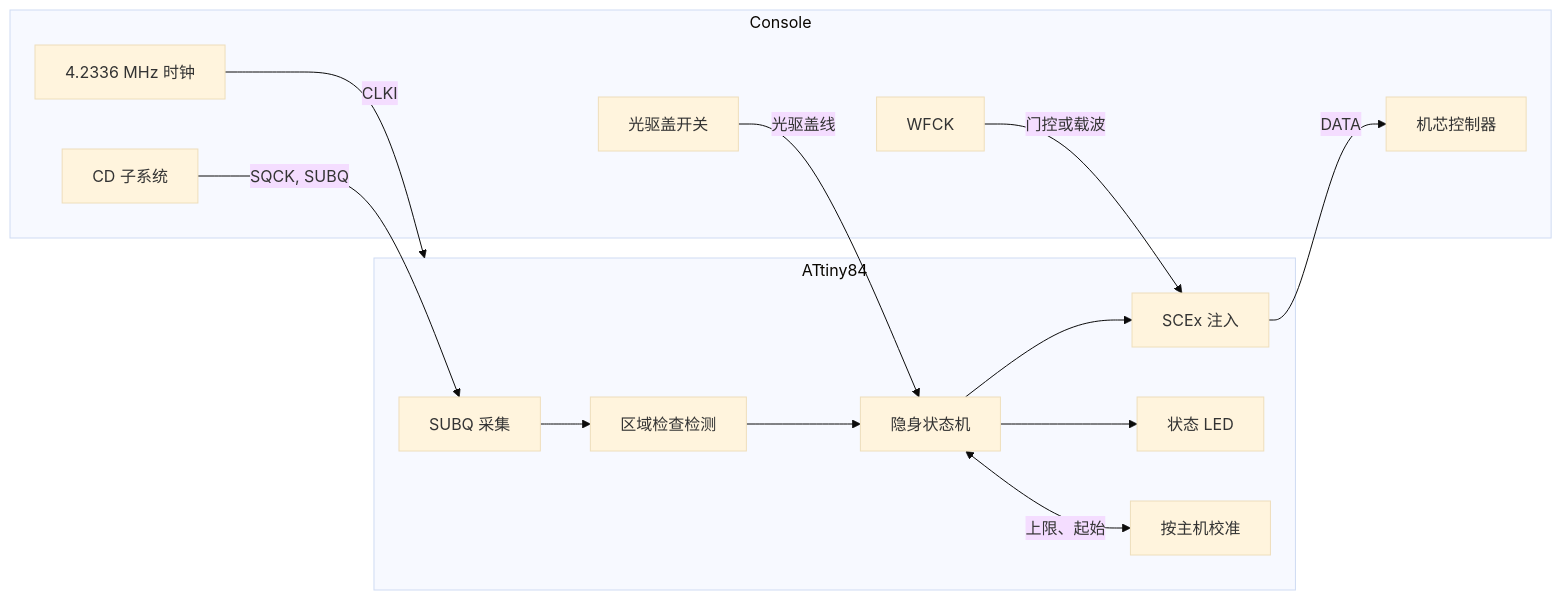
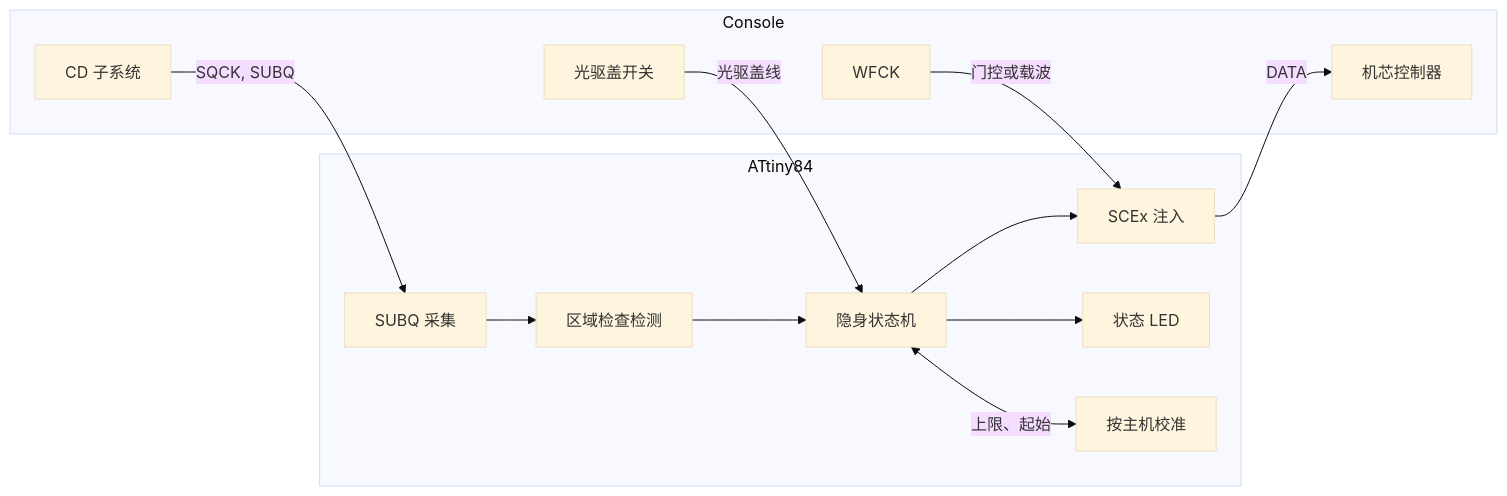
The diagram in README.zh.md (gufranco/openscex-modchip), drawn with Mermaid (base theme) before and after one commit. The commit also changed other lines of this file and 6 other files, not shown here.

````diff
--- a/README.zh.md
+++ b/README.zh.md
@@ -46,26 +46,24 @@
 ```mermaid
 graph LR
     subgraph Console
         CD[CD 子系统]
-        CLK[4.2336 MHz 时钟]
         LID[光驱盖开关]
         WF[WFCK]
         MECH[机芯控制器]
     end
     subgraph ATtiny84
         CAP[SUBQ 采集]
         DET[区域检查检测]
         ST[隐身状态机]
         INJ[SCEx 注入]
         LED[状态 LED]
         CAL[按主机校准]
     end
     CD -->|SQCK, SUBQ| CAP
     CAP --> DET --> ST --> INJ
     ST --> LED
     ST <-->|上限、起始| CAL
     LID -->|光驱盖线| ST
     WF -->|门控或载波| INJ
-    CLK -->|CLKI| ATtiny84
     INJ -->|DATA| MECH
 ```
````
